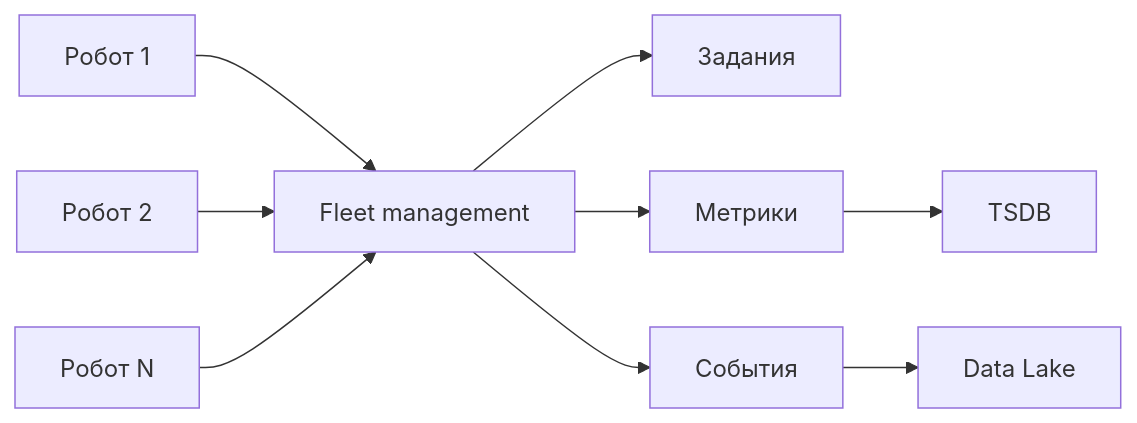
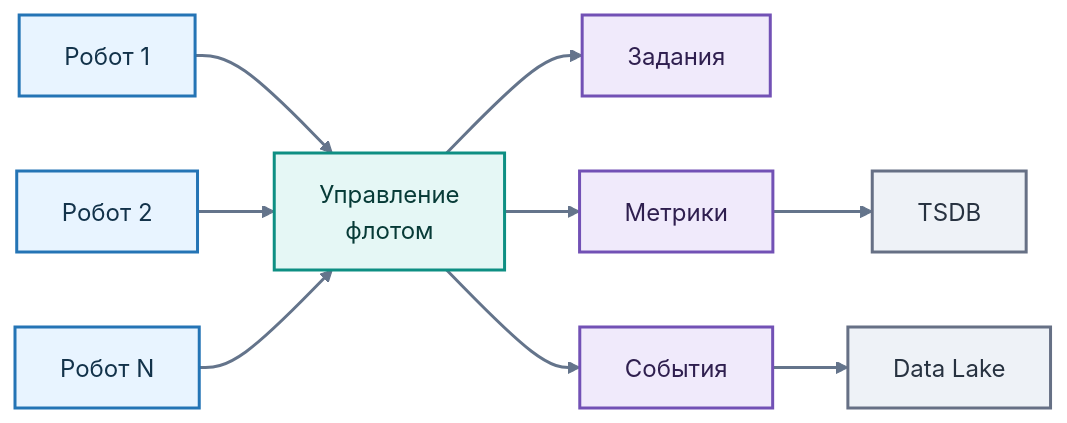
Before and after one commit to BosenkoTM/Big-data-processing-methods: diagram 12 of 13 in 2026/lectures/lecture_03_robotics_iot_big_data.md, drawn with Mermaid. The commit also changed other lines of this file, not shown here.

````diff
--- a/2026/lectures/lecture_03_robotics_iot_big_data.md
+++ b/2026/lectures/lecture_03_robotics_iot_big_data.md
@@ -826,11 +964,23 @@
 ```mermaid
 flowchart LR
-    R1["Робот 1"] --> F["Fleet management"]
+    R1["Робот 1"] --> F["Управление<br/>флотом"]
     R2["Робот 2"] --> F
     R3["Робот N"] --> F
     F --> T["Задания"]
     F --> M["Метрики"]
     F --> E["События"]
     M --> TS["TSDB"]
     E --> DL["Data Lake"]
+
+    classDef robot fill:#E8F4FF,stroke:#2474B5,color:#12324A,stroke-width:2px
+    classDef fleet fill:#E5F7F5,stroke:#0E8F83,color:#073B37,stroke-width:2px
+    classDef process fill:#F0EAFB,stroke:#7251B5,color:#2F1F4F,stroke-width:2px
+    classDef storage fill:#EEF2F7,stroke:#667085,color:#273240,stroke-width:2px
+
+    class R1,R2,R3 robot
+    class F fleet
+    class T,M,E process
+    class TS,DL storage
+
+    linkStyle default stroke:#64748B,stroke-width:2px
 ```
````
